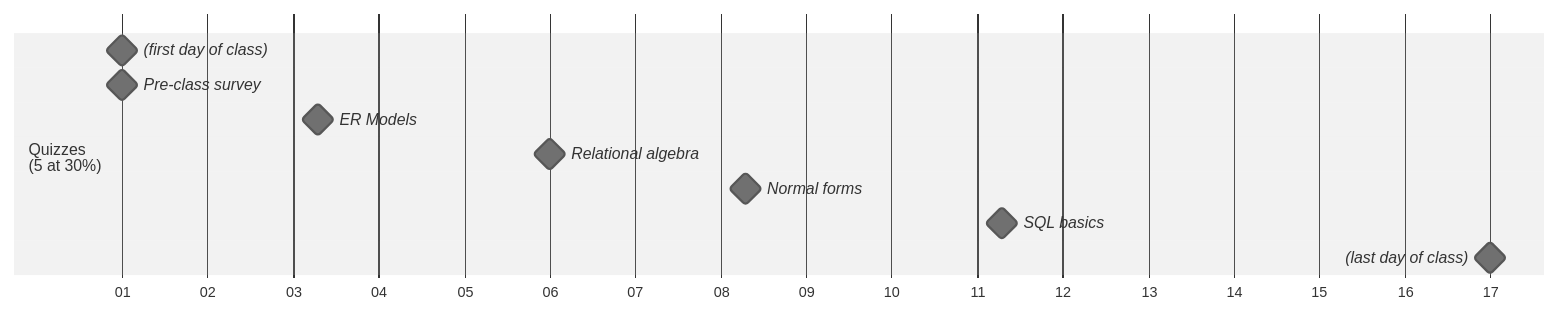
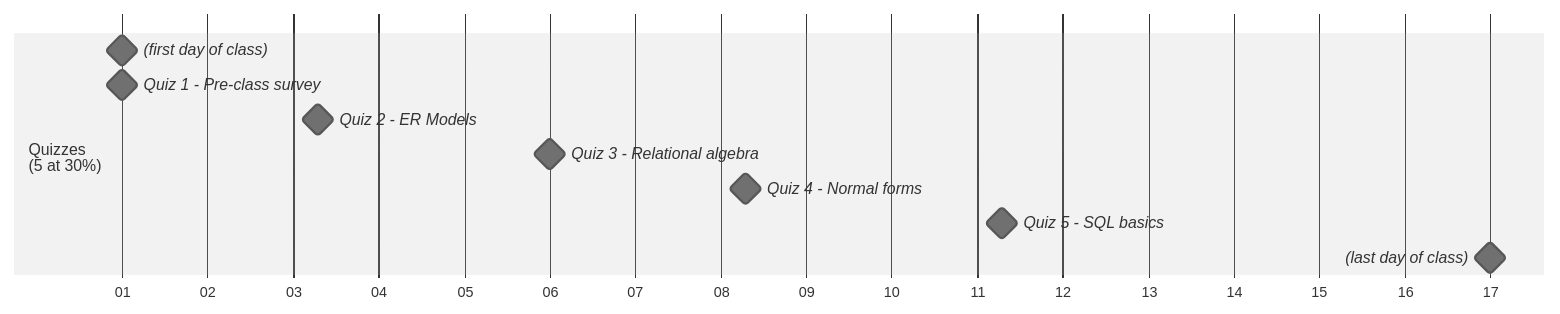
One commit to lowkeylabs/cmsc408-course-admin changed the third of 4 diagrams in topics/_cmsc408-overview.qmd. Above: the diagram before and after it, drawn with Mermaid (neutral theme). The commit also changed other lines of this file and 21 other files, not shown here.

````diff
--- a/topics/_cmsc408-overview.qmd
+++ b/topics/_cmsc408-overview.qmd
@@ -258,15 +259,15 @@
 ```{mermaid}
 %%| echo: false
 gantt
     dateFormat M/DD/YYYY
     axisFormat %U
 
     section Quizzes<br/>(5 at 30%)
     (first day of class): milestone, fdc1, 1/7/2024, 0d
-    Pre-class survey: milestone, q0, 1/7/2024, 0d
-    ER Models: milestone, q1, 1/23/2024, 0d
-    Relational algebra: milestone, q2, 2/11/2024, 0d
-    Normal forms: milestone, q3, 2/27/2024, 0d
-    SQL basics: milestone, q4, 3/19/2024, 0d
+    Quiz 1 - Pre-class survey: milestone, q0, 1/7/2024, 0d
+    Quiz 2 - ER Models: milestone, q1, 1/23/2024, 0d
+    Quiz 3 - Relational algebra: milestone, q2, 2/11/2024, 0d
+    Quiz 4 - Normal forms: milestone, q3, 2/27/2024, 0d
+    Quiz 5 - SQL basics: milestone, q4, 3/19/2024, 0d
     (last day of class): milestone, ldc2, 4/28/2024, 0d
 ```
````
